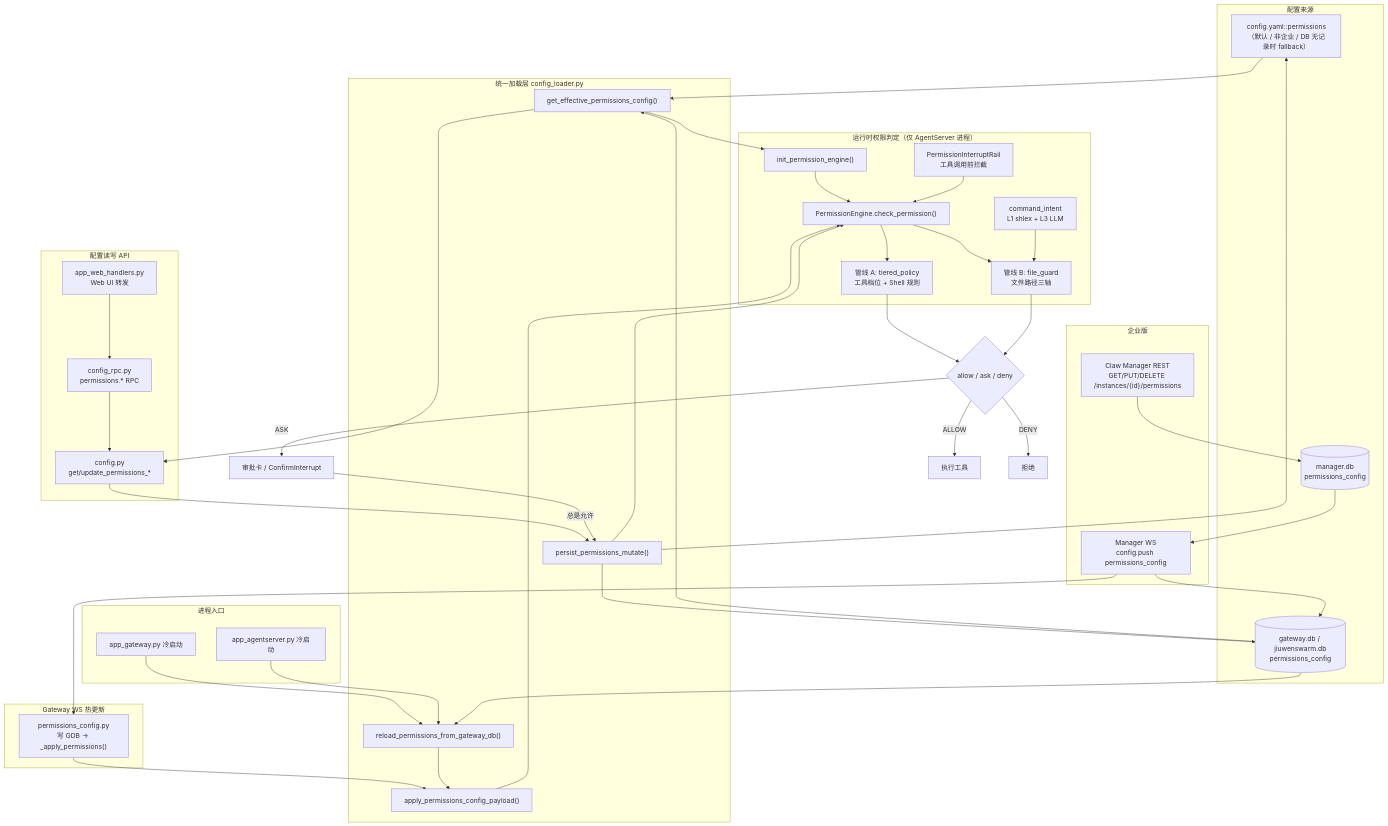
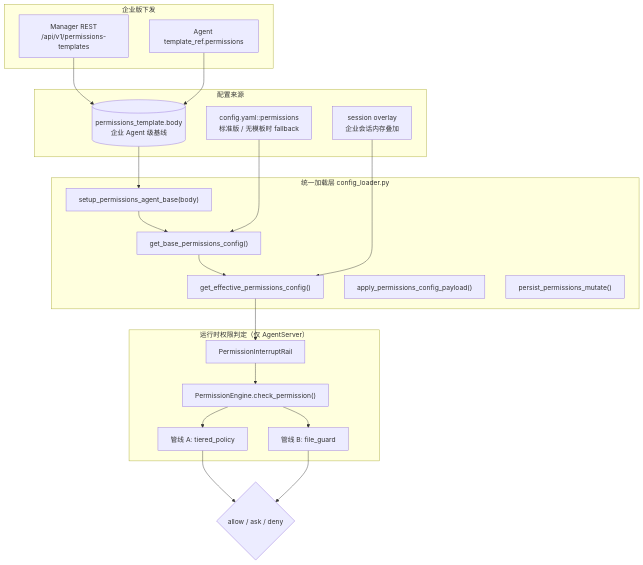
Before and after one commit to openJiuwen-ai/jiuwenclaw: the first of 5 diagrams in docs/zh/permissions_config_architecture.md, drawn with Mermaid. The commit also changed other lines of this file and 1 other file, not shown here.

````diff
--- a/docs/zh/permissions_config_architecture.md
+++ b/docs/zh/permissions_config_architecture.md
@@ -12,78 +16,43 @@
 ```mermaid
 flowchart TB
     subgraph sources [配置来源]
-        YAML["config.yaml::permissions<br/>（默认 / 非企业 / DB 无记录时 fallback）"]
-        MDB[("manager.db<br/>permissions_config")]
-        GDB[("gateway.db / jiuwenswarm.db<br/>permissions_config")]
+        YAML["config.yaml::permissions<br/>标准版 / 无模板时 fallback"]
+        TPL[("permissions_template.body<br/>企业 Agent 级基线")]
+        OVL["session overlay<br/>企业会话内存叠加"]
     end
 
-    subgraph enterprise [企业版]
-        MREST["Claw Manager REST<br/>GET/PUT/DELETE /instances/{id}/permissions"]
-        MWS["Manager WS<br/>config.push permissions_config"]
-        MREST --> MDB
-        MDB --> MWS
-        MWS --> GDB
+    subgraph enterprise [企业版下发]
+        MREST["Manager REST<br/>/api/v1/permissions-templates"]
+        AREF["Agent template_ref.permissions"]
+        MREST --> TPL
+        AREF --> TPL
     end
 
     subgraph loader [统一加载层 config_loader.py]
+        AGENT["setup_permissions_agent_base(body)"]
         GET["get_effective_permissions_config()"]
-        RELOAD["reload_permissions_from_gateway_db()"]
+        BASE["get_base_permissions_config()"]
         APPLY["apply_permissions_config_payload()"]
         PERSIST["persist_permissions_mutate()"]
     end
 
-    subgraph entry [进程入口]
-        GW_START["app_gateway.py 冷启动"]
-        AS_START["app_agentserver.py 冷启动"]
-        GW_START --> RELOAD
-        AS_START --> RELOAD
+    TPL --> AGENT
+    AGENT --> BASE
+    YAML --> BASE
+    BASE --> GET
+    OVL --> GET
+
+    subgraph runtime [运行时权限判定（仅 AgentServer）]
+        RAIL["PermissionInterruptRail"]
+        ENGINE["PermissionEngine.check_permission()"]
+        A["管线 A: tiered_policy"]
+        B["管线 B: file_guard"]
     end
 
-    subgraph gw_ws [Gateway WS 热更新]
-        GWS_MOD["permissions_config.py<br/>写 GDB → _apply_permissions()"]
-        MWS --> GWS_MOD
-        GWS_MOD --> APPLY
-    end
-
-    GDB --> GET
-    GDB --> RELOAD
-    YAML --> GET
-    RELOAD --> APPLY
-
-    subgraph config_api [配置读写 API]
-        CFG["config.py<br/>get/update_permissions_*"]
-        RPC["config_rpc.py<br/>permissions.* RPC"]
-        WEB["app_web_handlers.py<br/>Web UI 转发"]
-        CFG --> PERSIST
-        RPC --> CFG
-        WEB --> RPC
-    end
-
-    PERSIST --> GDB
-    PERSIST --> YAML
-
-    subgraph runtime [运行时权限判定（仅 AgentServer 进程）]
-        INIT["init_permission_engine()"]
-        RAIL["PermissionInterruptRail<br/>工具调用前拦截"]
-        ENGINE["PermissionEngine.check_permission()"]
-        A["管线 A: tiered_policy<br/>工具档位 + Shell 规则"]
-        B["管线 B: file_guard<br/>文件路径三轴"]
-        CI["command_intent<br/>L1 shlex + L3 LLM"]
-    end
-
-    GET --> INIT
-    GET --> CFG
-    APPLY --> ENGINE
-    PERSIST --> ENGINE
-    INIT --> ENGINE
+    GET --> RAIL
     RAIL --> ENGINE
     ENGINE --> A
     ENGINE --> B
-    CI --> B
     A --> DEC{"allow / ask / deny"}
     B --> DEC
-    DEC -->|ASK| HITL["审批卡 / ConfirmInterrupt"]
-    DEC -->|ALLOW| EXEC["执行工具"]
-    DEC -->|DENY| REJECT["拒绝"]
-    HITL -->|总是允许| PERSIST
 ```
````
